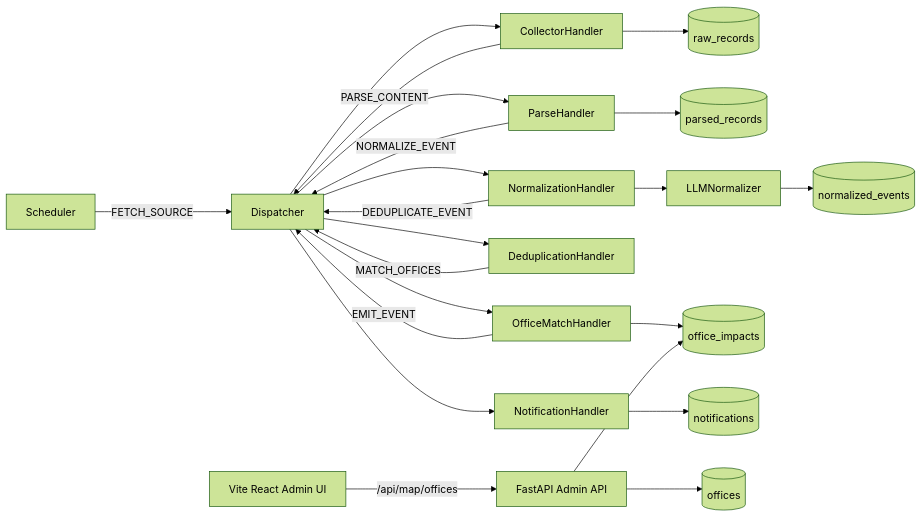
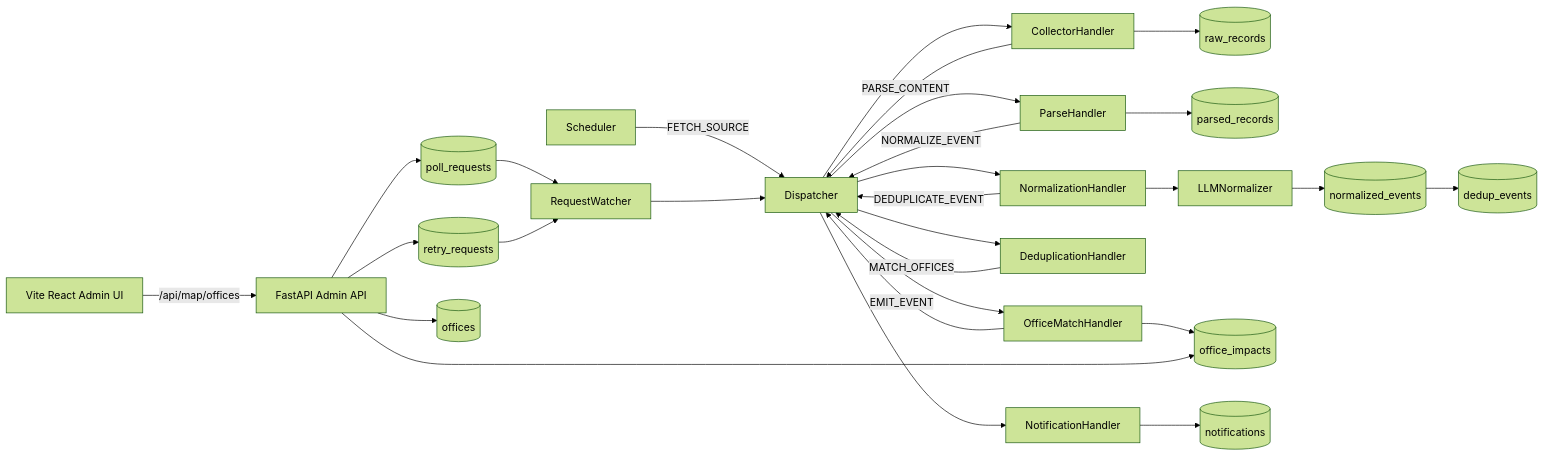
Before and after one commit to Ondotteess/power-outage-agent: the diagram in docs/arch.md, drawn with Mermaid (forest theme). The commit also changed 23 other files, not shown here.

````diff
--- a/docs/arch.md
+++ b/docs/arch.md
@@ -9,24 +9,30 @@
 ```mermaid
 flowchart LR
     Scheduler -->|FETCH_SOURCE| Dispatcher
+    AdminAPI[FastAPI Admin API] --> PollRequests[(poll_requests)]
+    AdminAPI --> RetryRequests[(retry_requests)]
+    PollRequests --> RequestWatcher
+    RetryRequests --> RequestWatcher
+    RequestWatcher --> Dispatcher
     Dispatcher --> CollectorHandler
     CollectorHandler --> RawStore[(raw_records)]
     CollectorHandler -->|PARSE_CONTENT| Dispatcher
     Dispatcher --> ParseHandler
     ParseHandler --> ParsedStore[(parsed_records)]
     ParseHandler -->|NORMALIZE_EVENT| Dispatcher
     Dispatcher --> NormalizationHandler
     NormalizationHandler --> LLMNormalizer
     LLMNormalizer --> NormalizedEventStore[(normalized_events)]
+    NormalizedEventStore --> DedupEventStore[(dedup_events)]
     NormalizationHandler -->|DEDUPLICATE_EVENT| Dispatcher
     Dispatcher --> DeduplicationHandler
     DeduplicationHandler -->|MATCH_OFFICES| Dispatcher
     Dispatcher --> OfficeMatchHandler
     OfficeMatchHandler --> OfficeImpactStore[(office_impacts)]
     OfficeMatchHandler -->|EMIT_EVENT| Dispatcher
     Dispatcher --> NotificationHandler
     NotificationHandler --> NotificationStore[(notifications)]
-    AdminAPI[FastAPI Admin API] --> OfficeStore[(offices)]
+    AdminAPI --> OfficeStore[(offices)]
     AdminAPI --> OfficeImpactStore
     WebUI[Vite React Admin UI] -->|/api/map/offices| AdminAPI
 ```
````
